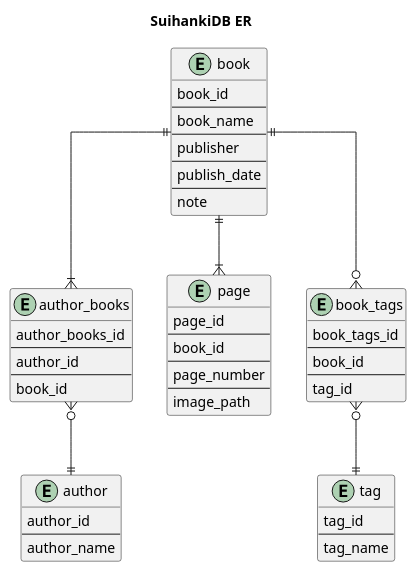
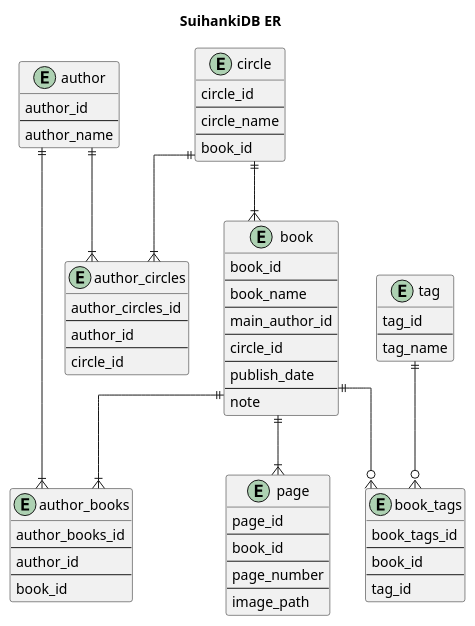
One commit to tsubasa283paris/Suihanki changed the diagram in uml/er/db.pu. Above: the diagram before and after it, drawn with PlantUML.

Commit message:
Add entities circle and author_circles

```diff
--- a/uml/er/db.pu
+++ b/uml/er/db.pu
@@ -1,57 +1,86 @@
 @startuml
 
 title SuihankiDB ER
 skinparam linetype ortho
 
+' single entities
+entity "author" as a {
+    author_id
+    --
+    author_name
+}
 entity "book" as b {
     book_id
     --
     book_name
     --
-    publisher
+    main_author_id
+    --
+    circle_id
     --
     publish_date
     --
     note
 }
-entity "author_books" as ab {
-    author_books_id
+entity "circle" as c {
+    circle_id
     --
-    author_id
+    circle_name
     --
     book_id
-}
-entity "author" as a {
-    author_id
-    --
-    author_name
 }
 entity "page" as p {
     page_id
     --
     book_id
     --
     page_number
     --
     image_path
 }
+entity "tag" as t {
+    tag_id
+    --
+    tag_name
+}
+
+' intermediate entities
+entity "author_books" as ab {
+    author_books_id
+    --
+    author_id
+    --
+    book_id
+}
+entity "author_circles" as ac {
+    author_circles_id
+    --
+    author_id
+    --
+    circle_id
+}
 entity "book_tags" as bt {
     book_tags_id
     --
     book_id
     --
     tag_id
 }
-entity "tag" as t {
-    tag_id
-    --
-    tag_name
-}
 
+' author contains
+a ||--|{ ab
+a ||--|{ ac
+
+' book contains
 b ||--|{ ab
-ab }o--|| a
 b ||--|{ p
 b ||--o{ bt
-bt }o--|| t
+
+' circle contains
+c ||--|{ b
+c ||--|{ ac
+
+' tag contains
+t ||--o{ bt
 
 @enduml
```
